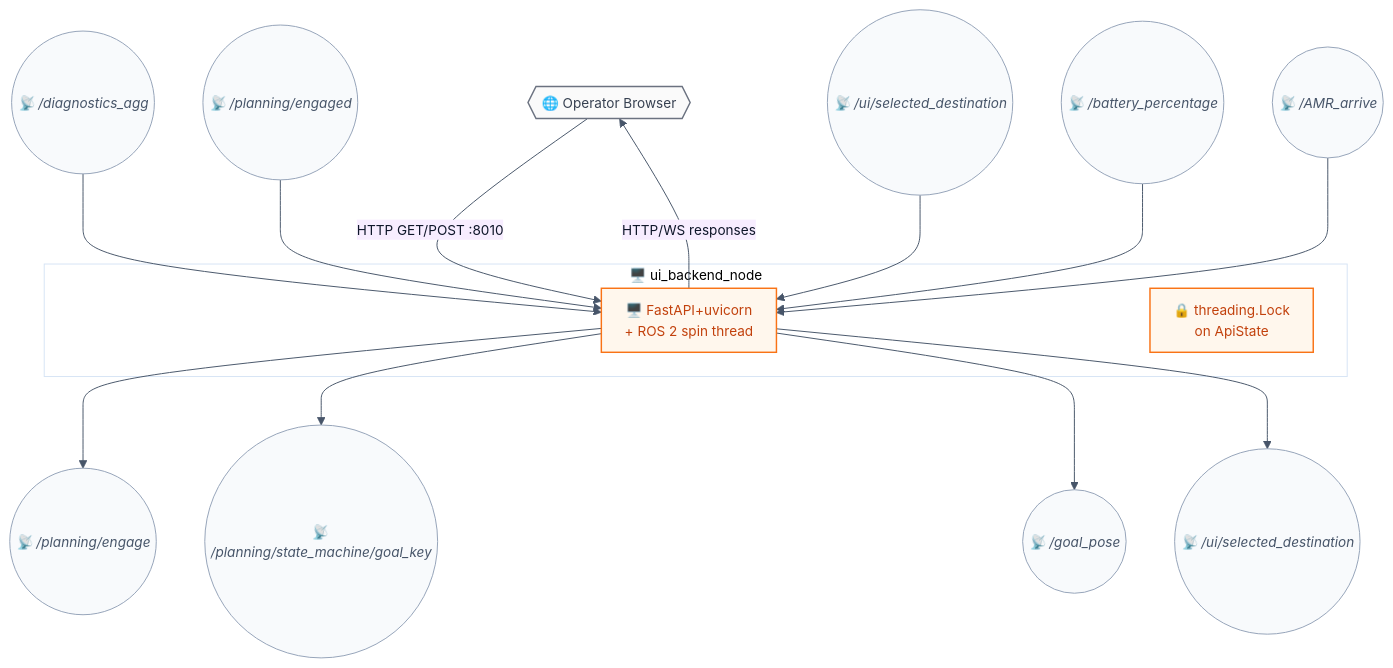
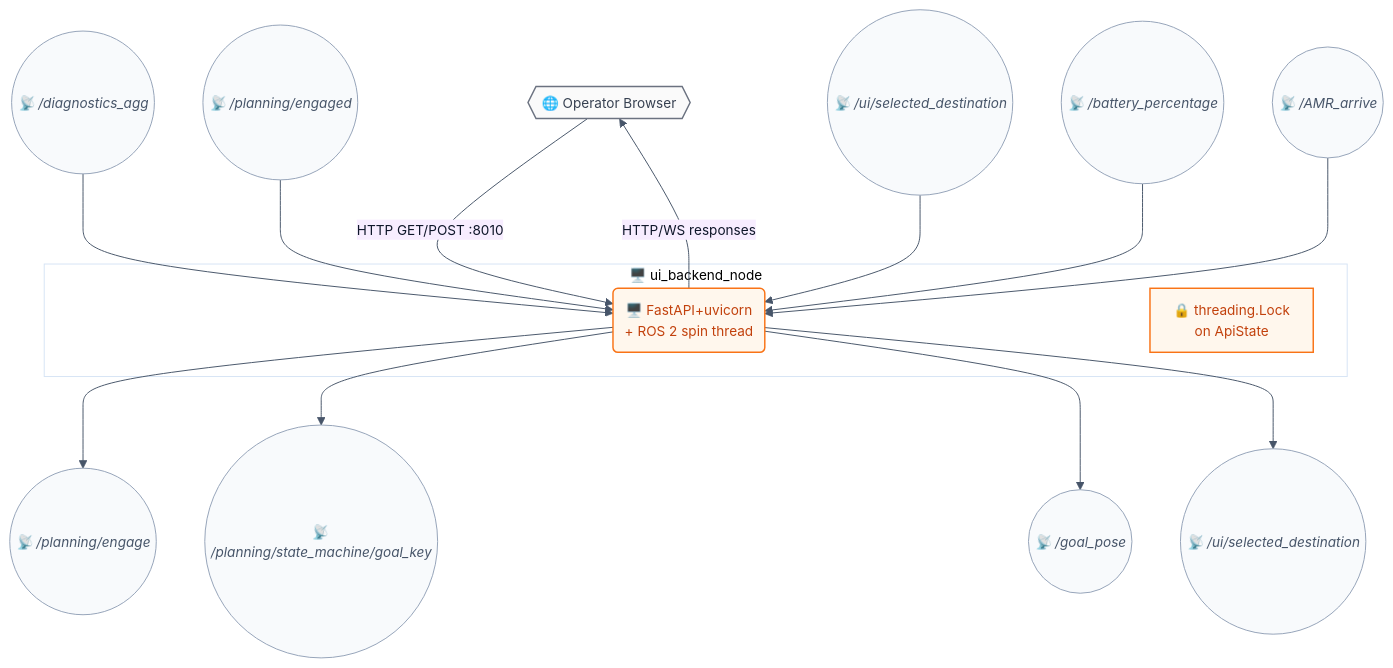
Before and after one commit to hwanhonglee/CAMROD: the second of 5 diagrams in camrod_ui/README.md, drawn with Mermaid. The commit also changed other lines of this file and 12 other files, not shown here.

First line of the commit message:
docs(v4): unified Mermaid shape convention + runtime data flow diagram

````diff
--- a/camrod_ui/README.md
+++ b/camrod_ui/README.md
@@ -76,26 +76,26 @@
 ```mermaid
 %%{init: {'theme': 'base', 'themeVariables': {'fontFamily': 'ui-sans-serif, system-ui, sans-serif', 'fontSize': '14px', 'primaryColor': '#FFF7ED', 'primaryTextColor': '#0F172A', 'primaryBorderColor': '#F97316', 'lineColor': '#475569'}, 'flowchart': {'curve': 'basis', 'htmlLabels': true, 'padding': 12}}}%%
 graph TD
   BROWSER{{🌐 Operator Browser}}:::hardware -->|HTTP GET/POST :8010| BACKEND
 
   subgraph BACKEND_BOX["🖥️ ui_backend_node"]
-    BACKEND[🖥️ FastAPI+uvicorn\n+ ROS 2 spin thread]:::ui
+    BACKEND(🖥️ FastAPI+uvicorn\n+ ROS 2 spin thread):::ui
     NOTE[🔒 threading.Lock\non ApiState]:::ui
   end
 
   DIAGAGG((📡 /diagnostics_agg)):::topic     --> BACKEND
   ENGAGED((📡 /planning/engaged)):::topic    --> BACKEND
   DEST((📡 /ui/selected_destination)):::topic --> BACKEND
   BATTERY((📡 /battery_percentage)):::topic  --> BACKEND
   ARRIVE((📡 /AMR_arrive)):::topic           --> BACKEND
 
   BACKEND -->|HTTP/WS responses| BROWSER
   BACKEND --> ENGAGE((📡 /planning/engage)):::topic
   BACKEND --> GOALKEY((📡 /planning/state_machine/goal_key)):::topic
   BACKEND --> GOALPOSE((📡 /goal_pose)):::topic
   BACKEND --> DEST2((📡 /ui/selected_destination)):::topic
 
   classDef ui       fill:#FFF7ED,stroke:#F97316,stroke-width:1.5px,color:#C2410C;
   classDef hardware fill:#FAFAFA,stroke:#6B7280,stroke-width:1.5px,color:#374151;
   classDef topic    fill:#F8FAFC,stroke:#94A3B8,stroke-width:1px,color:#475569,font-style:italic;
 ```
````
